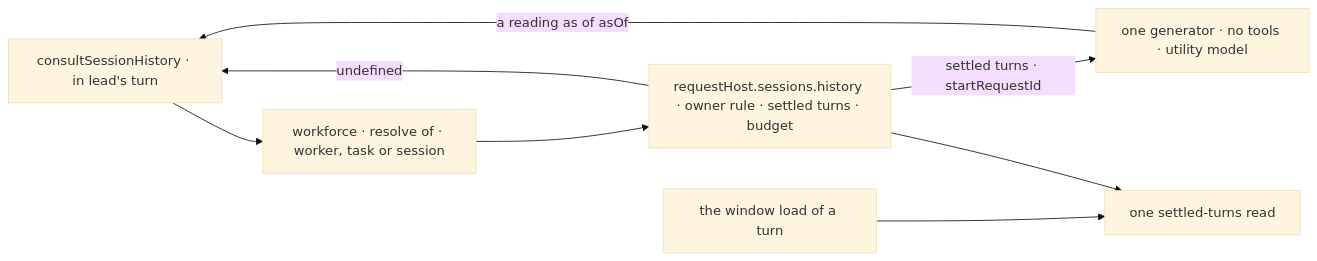
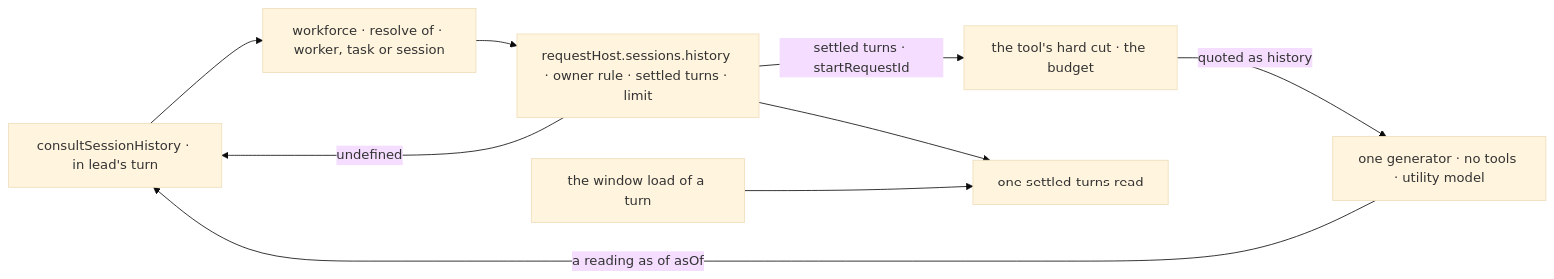
Before and after one commit to fixpoint-labs/flow-state-dev: the second of 2 diagrams in specs/issues/FIX-2173/SPEC.md, drawn with Mermaid (base theme). The commit also changed other lines of this file and 1 other file, not shown here.

First line of the commit message:
spec(FIX-2173): one meaning for the budget, quoted history, extraction first

````diff
--- a/specs/issues/FIX-2173/SPEC.md
+++ b/specs/issues/FIX-2173/SPEC.md
@@ -121,10 +121,11 @@
 ```mermaid
 flowchart LR
   T["consultSessionHistory · in lead's turn"] --> W["workforce · resolve of · worker, task or session"]
-  W --> H["requestHost.sessions.history · owner rule · settled turns · budget"]
+  W --> H["requestHost.sessions.history · owner rule · settled turns · limit"]
   H -->|"undefined"| T
-  H -->|"settled turns · startRequestId"| G["one generator · no tools · utility model"]
+  H -->|"settled turns · startRequestId"| C["the tool's hard cut · the budget"]
+  C -->|"quoted as history"| G["one generator · no tools · utility model"]
   G -->|"a reading as of asOf"| T
   S["the window load of a turn"] --> L["one settled-turns read"]
   H --> L
 ```
````
